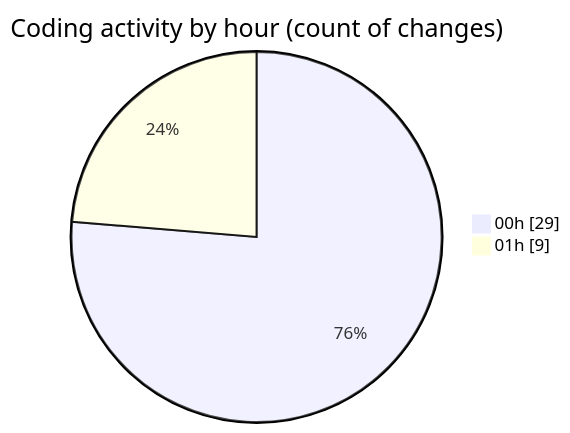
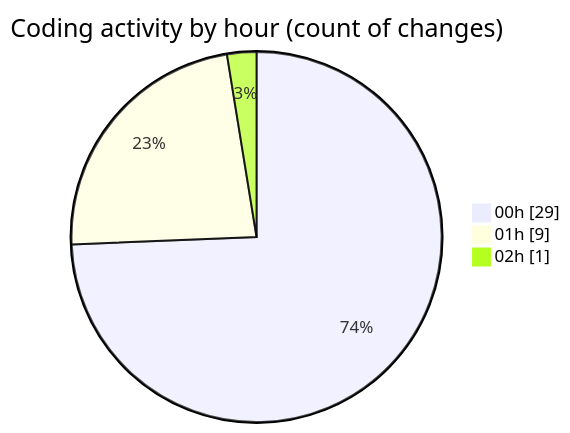
The second of 2 diagrams in 2026-02-22/nxtqube_webapp/README.md (nxtqubesakshisongat/code-tracking), drawn with Mermaid before and after one commit. The commit also changed other lines of this file and 1 other file, not shown here.

````diff
--- a/2026-02-22/nxtqube_webapp/README.md
+++ b/2026-02-22/nxtqube_webapp/README.md
@@ -31,6 +31,7 @@
 ```mermaid
 pie showData
 title Coding activity by hour (count of changes)
 "00h" : 29
 "01h" : 9
+"02h" : 1
 ```
````
